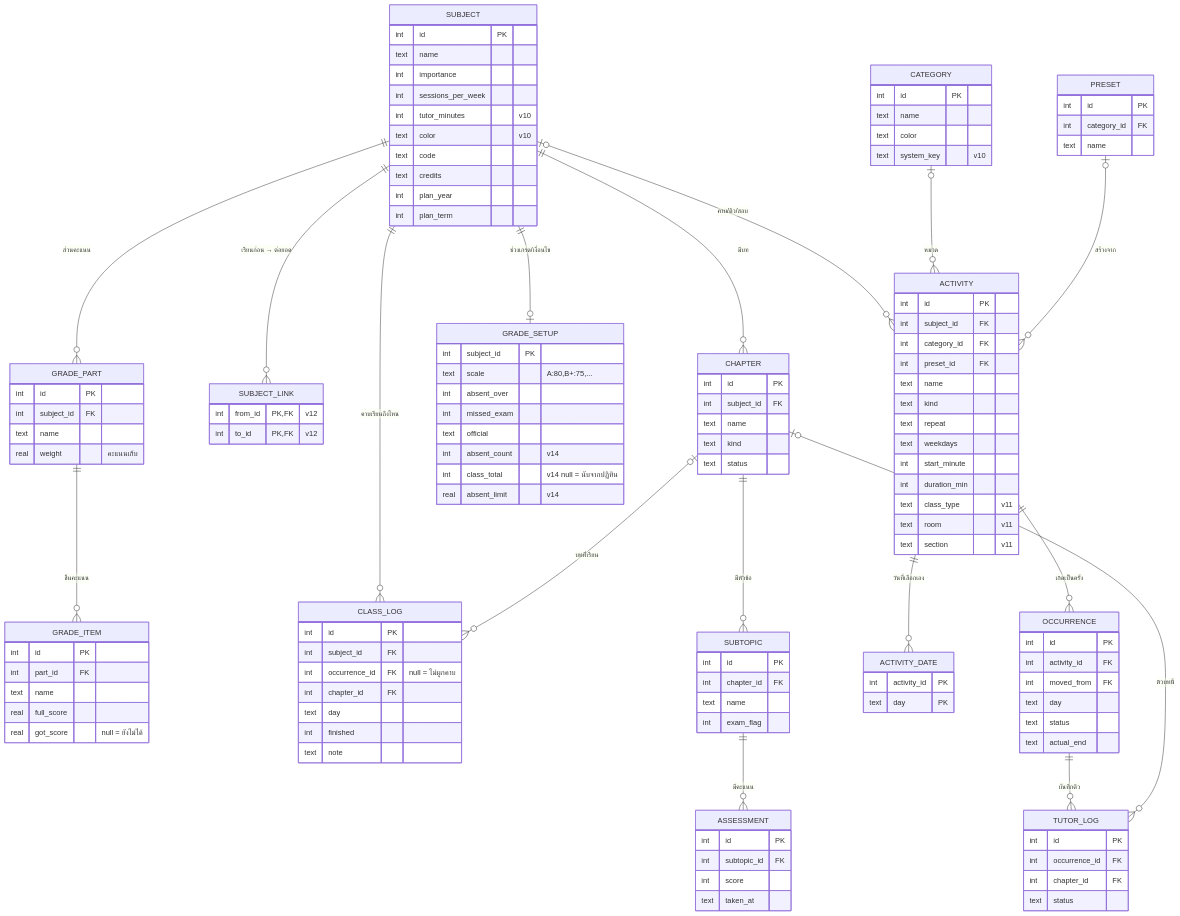
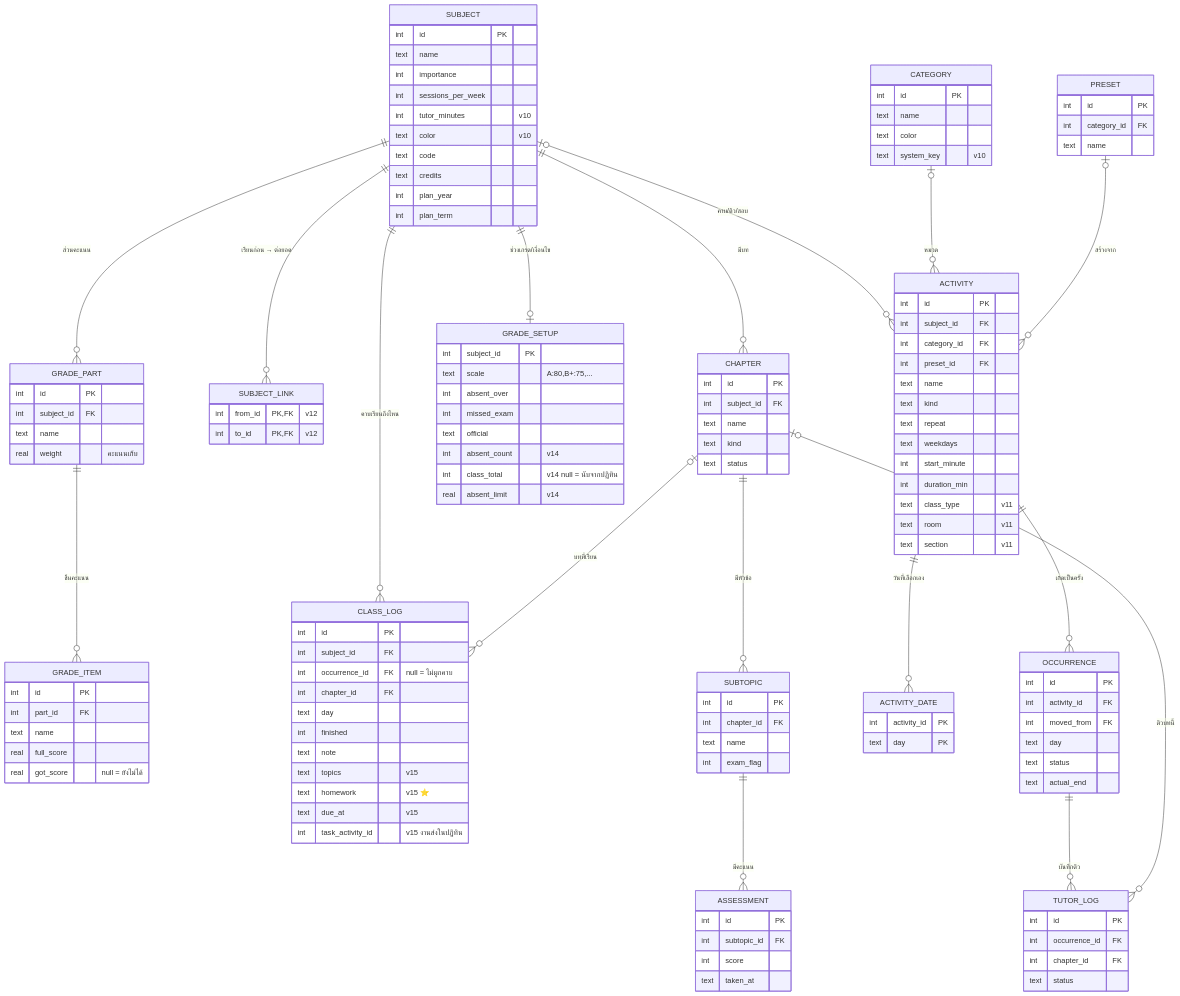
One commit to Blue-sky213/Manager-App changed the diagram in docs/diagrams/er.mmd. Above: the diagram before and after it, drawn with Mermaid. The commit also changed 11 other files, not shown here.

First line of the commit message:
Class log: pick chapters/topics, outline import, homework with deadline (schema v15)

```diff
--- a/docs/diagrams/er.mmd
+++ b/docs/diagrams/er.mmd
@@ -1,128 +1,132 @@
 erDiagram
   SUBJECT ||--o{ CHAPTER : "มีบท"
   SUBJECT ||--o{ SUBJECT_LINK : "เรียนก่อน → ต่อยอด"
   SUBJECT ||--o{ GRADE_PART : "ส่วนคะแนน"
   GRADE_PART ||--o{ GRADE_ITEM : "ชิ้นคะแนน"
   SUBJECT ||--o| GRADE_SETUP : "ช่วงเกรด/เงื่อนไข"
   SUBJECT ||--o{ CLASS_LOG : "คาบเรียนถึงไหน"
   CHAPTER |o--o{ CLASS_LOG : "บทที่เรียน"
   CHAPTER ||--o{ SUBTOPIC : "มีหัวข้อ"
   SUBTOPIC ||--o{ ASSESSMENT : "มีคะแนน"
   SUBJECT |o--o{ ACTIVITY : "คาบ/ติว/สอบ"
   CATEGORY |o--o{ ACTIVITY : "หมวด"
   PRESET |o--o{ ACTIVITY : "สร้างจาก"
   ACTIVITY ||--o{ ACTIVITY_DATE : "วันที่เลือกเอง"
   ACTIVITY ||--o{ OCCURRENCE : "เกิดเป็นครั้ง"
   OCCURRENCE ||--o{ TUTOR_LOG : "บันทึกติว"
   CHAPTER |o--o{ TUTOR_LOG : "ติวบทนี้"
   SUBJECT {
     int id PK
     text name
     int importance
     int sessions_per_week
     int tutor_minutes "v10"
     text color "v10"
     text code
     text credits
     int plan_year
     int plan_term
   }
   GRADE_PART {
     int id PK
     int subject_id FK
     text name
     real weight "คะแนนเก็บ"
   }
   GRADE_ITEM {
     int id PK
     int part_id FK
     text name
     real full_score
     real got_score "null = ยังไม่ได้"
   }
   GRADE_SETUP {
     int subject_id PK
     text scale "A:80,B+:75,..."
     int absent_over
     int missed_exam
     text official
     int absent_count "v14"
     int class_total "v14 null = นับจากปฏิทิน"
     real absent_limit "v14"
   }
   CLASS_LOG {
     int id PK
     int subject_id FK
     int occurrence_id FK "null = ไม่ผูกคาบ"
     int chapter_id FK
     text day
     int finished
     text note
+    text topics "v15"
+    text homework "v15 ⭐"
+    text due_at "v15"
+    int task_activity_id "v15 งานส่งในปฏิทิน"
   }
   SUBJECT_LINK {
     int from_id PK,FK "v12"
     int to_id PK,FK "v12"
   }
   CHAPTER {
     int id PK
     int subject_id FK
     text name
     text kind
     text status
   }
   SUBTOPIC {
     int id PK
     int chapter_id FK
     text name
     int exam_flag
   }
   ASSESSMENT {
     int id PK
     int subtopic_id FK
     int score
     text taken_at
   }
   CATEGORY {
     int id PK
     text name
     text color
     text system_key "v10"
   }
   PRESET {
     int id PK
     int category_id FK
     text name
   }
   ACTIVITY {
     int id PK
     int subject_id FK
     int category_id FK
     int preset_id FK
     text name
     text kind
     text repeat
     text weekdays
     int start_minute
     int duration_min
     text class_type "v11"
     text room "v11"
     text section "v11"
   }
   ACTIVITY_DATE {
     int activity_id PK
     text day PK
   }
   OCCURRENCE {
     int id PK
     int activity_id FK
     int moved_from FK
     text day
     text status
     text actual_end
   }
   TUTOR_LOG {
     int id PK
     int occurrence_id FK
     int chapter_id FK
     text status
   }
```
